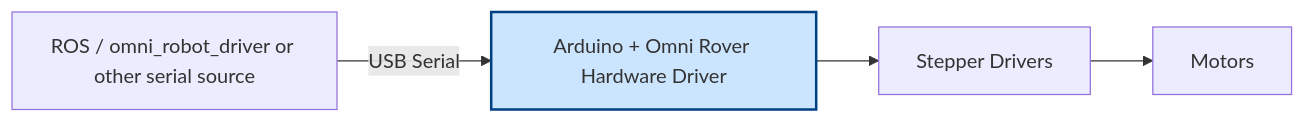
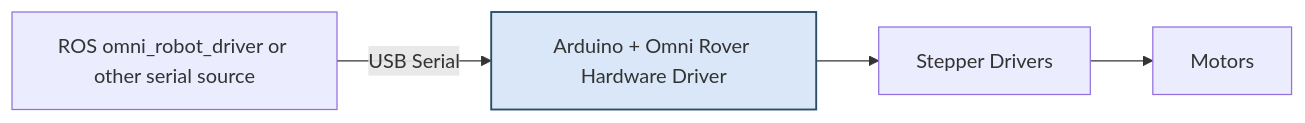
Before and after one commit to bottad/omni_rover_hardware_driver: the diagram in README.md, drawn with Mermaid.

Commit message:
small readme corrections

````diff
--- a/README.md
+++ b/README.md
@@ -24,6 +24,6 @@
 ```mermaid
 flowchart LR
-    A[ROS / omni_robot_driver or other serial source] -- USB Serial --> B[Arduino + Omni Rover Hardware Driver] --> C[Stepper Drivers] --> D[Motors]
+    A[ROS omni_robot_driver or other serial source] -- USB Serial --> B[Arduino + Omni Rover Hardware Driver] --> C[Stepper Drivers] --> D[Motors]
 
-    style B fill:#cce5ff,stroke:#004085,stroke-width:2px
+    style B fill:#d9e7f9,stroke:#2a4d69,stroke-width:1.5px
 ```
````
